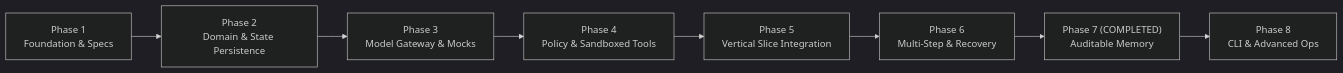
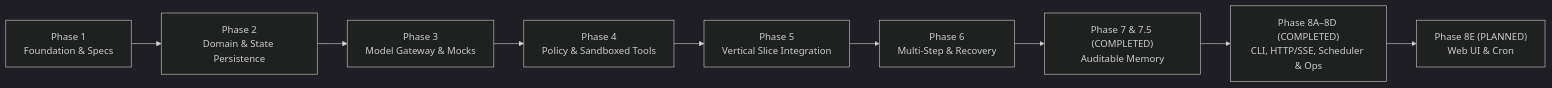
The diagram in docs/ROADMAP.md (saiyedsimnan123/dots-platform), drawn with Mermaid (dark theme) before and after one commit. The commit also changed other lines of this file and 11 other files, not shown here.

Commit message:
feat(phase-8): complete CLI, HTTP/SSE API, operational runtime, and docs (Phase 8A/8C/8D)

````diff
--- a/docs/ROADMAP.md
+++ b/docs/ROADMAP.md
@@ -14,10 +14,11 @@
 ```mermaid
 flowchart LR
     P1["Phase 1<br/>Foundation & Specs"] --> P2["Phase 2<br/>Domain & State Persistence"]
     P2 --> P3["Phase 3<br/>Model Gateway & Mocks"]
     P3 --> P4["Phase 4<br/>Policy & Sandboxed Tools"]
     P4 --> P5["Phase 5<br/>Vertical Slice Integration"]
     P5 --> P6["Phase 6<br/>Multi-Step & Recovery"]
-    P6 --> P7["Phase 7 (COMPLETED)<br/>Auditable Memory"]
-    P7 --> P8["Phase 8<br/>CLI & Advanced Ops"]
+    P6 --> P7["Phase 7 & 7.5 (COMPLETED)<br/>Auditable Memory"]
+    P7 --> P8A["Phase 8A–8D (COMPLETED)<br/>CLI, HTTP/SSE, Scheduler & Ops"]
+    P8A --> P8E["Phase 8E (PLANNED)<br/>Web UI & Cron"]
 ```
````
